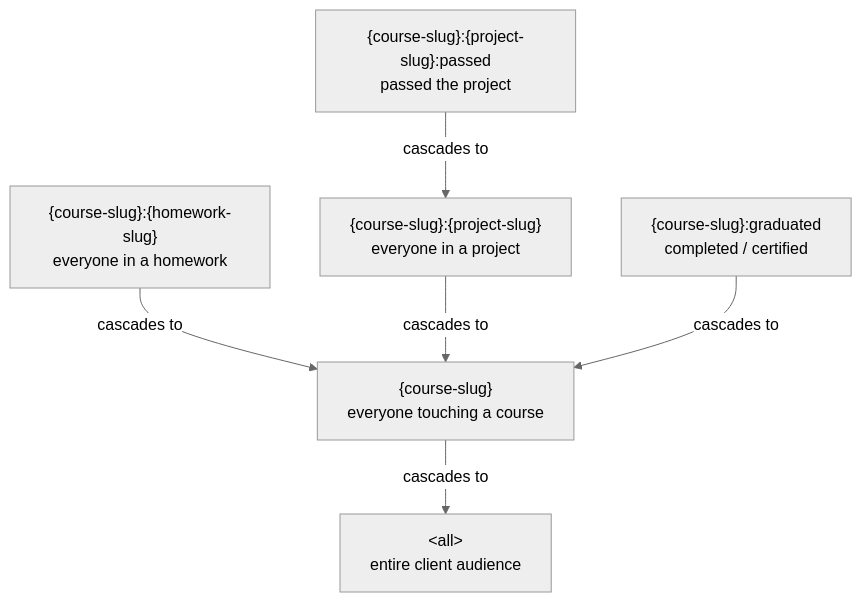
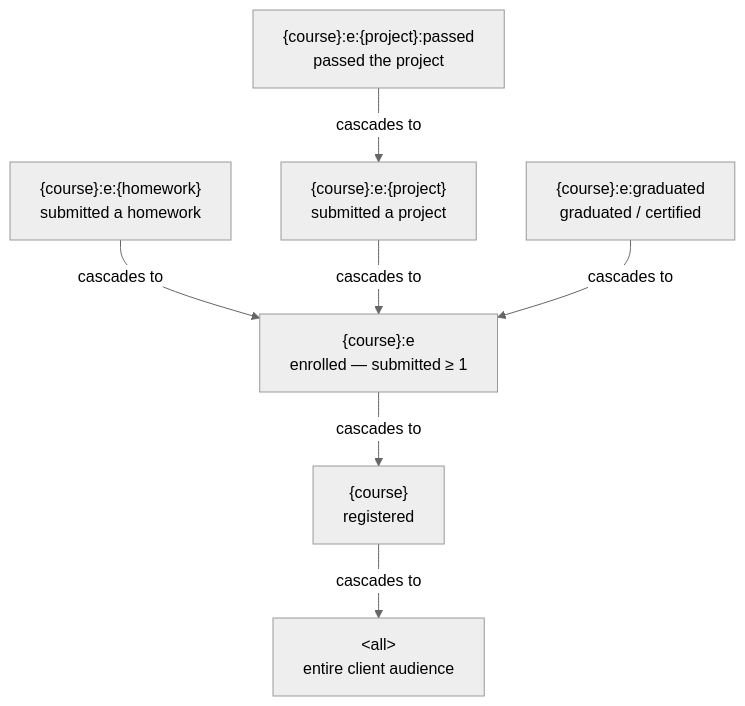
The second of 17 diagrams in docs/datamailer-integration.md (DataTalksClub/course-management-platform), drawn with Mermaid (neutral theme) before and after one commit. The commit also changed other lines of this file, not shown here.

First line of the commit message:
docs(datamailer): add :e enrolled node; unify reminders; simplify peer-review-due

````diff
--- a/docs/datamailer-integration.md
+++ b/docs/datamailer-integration.md
@@ -102,15 +115,17 @@
 ```mermaid
 flowchart TD
     ALL["&lt;all&gt;<br/>entire client audience"]
-    C["{course-slug}<br/>everyone touching a course"]
-    HW["{course-slug}:{homework-slug}<br/>everyone in a homework"]
-    PR["{course-slug}:{project-slug}<br/>everyone in a project"]
-    PRP["{course-slug}:{project-slug}:passed<br/>passed the project"]
-    GRAD["{course-slug}:graduated<br/>completed / certified"]
+    C["{course}<br/>registered"]
+    E["{course}:e<br/>enrolled — submitted ≥ 1"]
+    HW["{course}:e:{homework}<br/>submitted a homework"]
+    PR["{course}:e:{project}<br/>submitted a project"]
+    PRP["{course}:e:{project}:passed<br/>passed the project"]
+    GRAD["{course}:e:graduated<br/>graduated / certified"]
 
+    HW -->|cascades to| E
+    PR -->|cascades to| E
     PRP -->|cascades to| PR
-    HW -->|cascades to| C
-    PR -->|cascades to| C
-    GRAD -->|cascades to| C
+    GRAD -->|cascades to| E
+    E -->|cascades to| C
     C -->|cascades to| ALL
 ```
````
